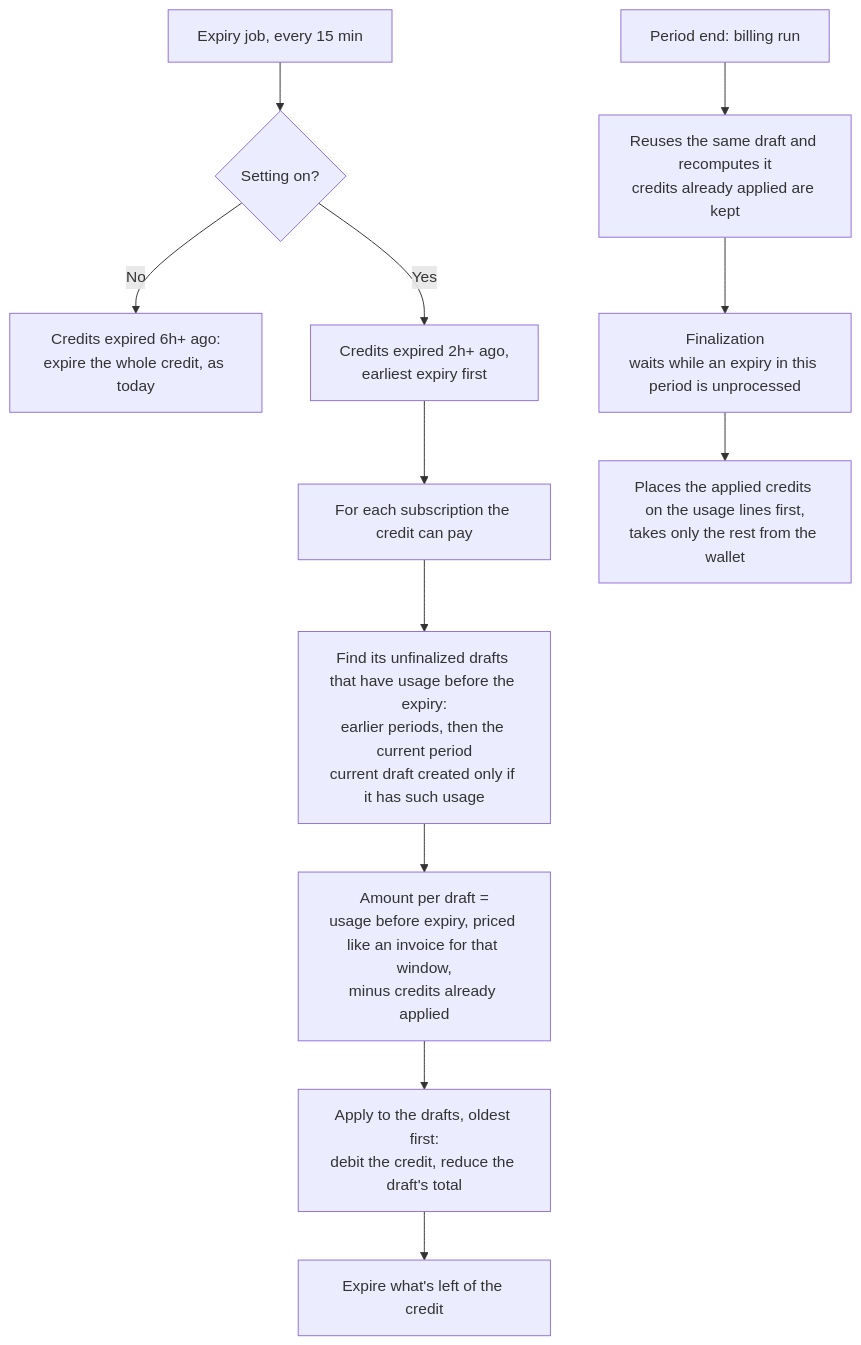
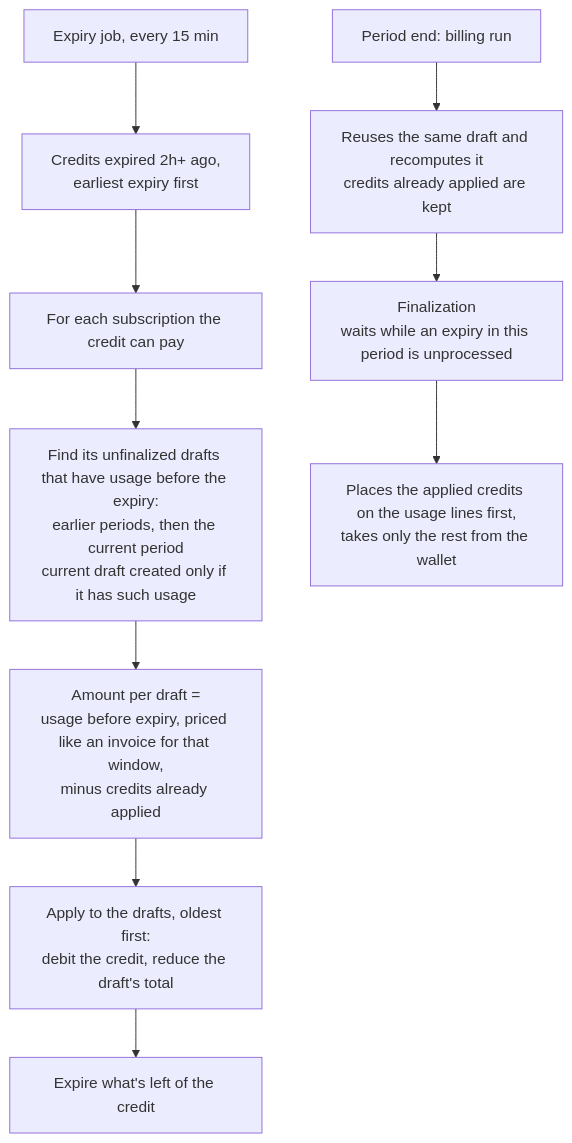
Before and after one commit to subratsahilgupta/flexprice: the diagram in docs/design/2026-09-26-mid-period-credit-expiry.md, drawn with Mermaid. The commit also changed other lines of this file and 14 other files, not shown here.

First line of the commit message:
feat(credit-expiry): roll settlement out to all tenants; address review

````diff
--- a/docs/design/2026-09-26-mid-period-credit-expiry.md
+++ b/docs/design/2026-09-26-mid-period-credit-expiry.md
@@ -31,15 +31,13 @@
 ```mermaid
 flowchart TD
-    A[Expiry job, every 15 min] --> B{Setting on?}
-    B -- No --> Z[Credits expired 6h+ ago:<br/>expire the whole credit, as today]
-    B -- Yes --> Y[Credits expired 2h+ ago,<br/>earliest expiry first]
+    A[Expiry job, every 15 min] --> Y[Credits expired 2h+ ago,<br/>earliest expiry first]
     Y --> C[For each subscription the credit can pay]
     C --> D[Find its unfinalized drafts that have usage before the expiry:<br/>earlier periods, then the current period<br/>current draft created only if it has such usage]
     D --> E[Amount per draft =<br/>usage before expiry, priced like an invoice for that window,<br/>minus credits already applied]
     E --> F[Apply to the drafts, oldest first:<br/>debit the credit, reduce the draft's total]
     F --> G[Expire what's left of the credit]
 
     P[Period end: billing run] --> Q[Reuses the same draft and recomputes it<br/>credits already applied are kept]
     Q --> R[Finalization<br/>waits while an expiry in this period is unprocessed]
     R --> S[Places the applied credits on the usage lines first,<br/>takes only the rest from the wallet]
 ```
````
